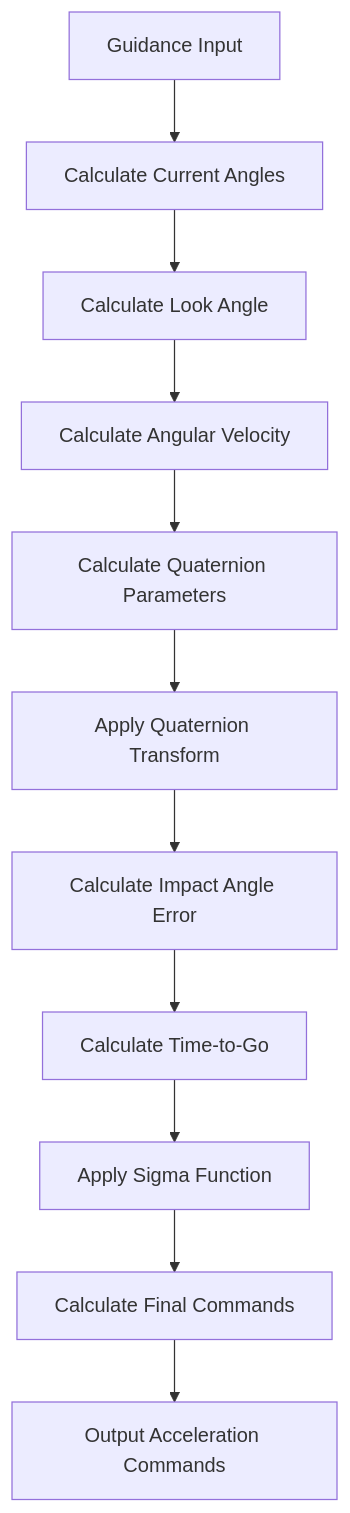
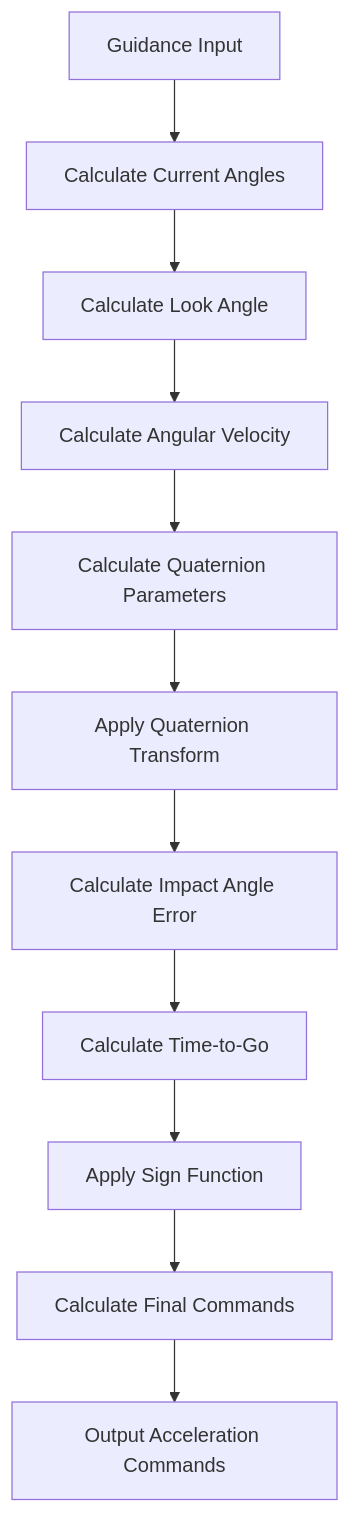
Before and after one commit to thespacelabsweb/spacelabs: the third of 4 diagrams in dev/mainsystemflow.md, drawn with Mermaid.

````diff
--- a/dev/mainsystemflow.md
+++ b/dev/mainsystemflow.md
@@ -81,15 +81,15 @@
 ```mermaid
 flowchart TD
     A2[Guidance Input] --> B2[Calculate Current Angles]
     B2 --> C2[Calculate Look Angle]
     C2 --> D2[Calculate Angular Velocity]
     D2 --> E2[Calculate Quaternion Parameters]
 
     E2 --> F2[Apply Quaternion Transform]
     F2 --> G2[Calculate Impact Angle Error]
     G2 --> H2[Calculate Time-to-Go]
-    H2 --> I2[Apply Sigma Function]
+    H2 --> I2[Apply Sign Function]
     I2 --> J2[Calculate Final Commands]
 
     J2 --> K2[Output Acceleration Commands]
 ```
````
